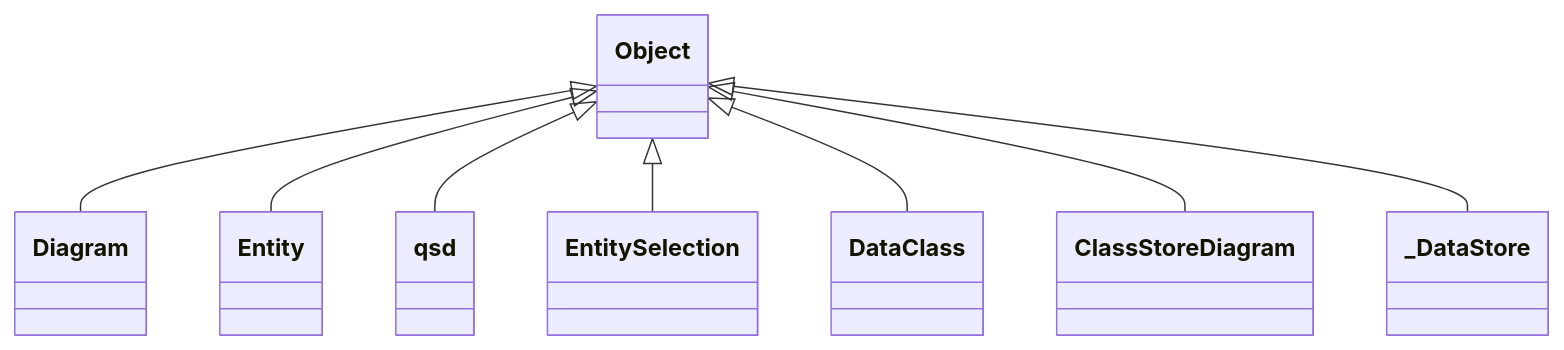
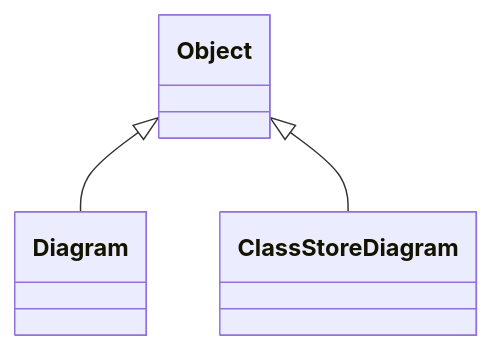
One commit to mesopelagique/ClassStoreDiagram changed the diagram in Documentation/classDiagram.mermaid. Above: the diagram before and after it, drawn with Mermaid. The commit also changed 5 other files, not shown here.

```diff
--- a/Documentation/classDiagram.mermaid
+++ b/Documentation/classDiagram.mermaid
@@ -1,22 +1,7 @@
 classDiagram
 	class Diagram {
 	}
-	class Entity {
-	}
-	class qsd {
-	}
-	class EntitySelection {
-	}
-	class DataClass {
-	}
 	class ClassStoreDiagram {
 	}
-	class _DataStore {
-	}
 Object <|-- Diagram
-Object <|-- Entity
-Object <|-- qsd
-Object <|-- EntitySelection
-Object <|-- DataClass
 Object <|-- ClassStoreDiagram
-Object <|-- _DataStore
```
